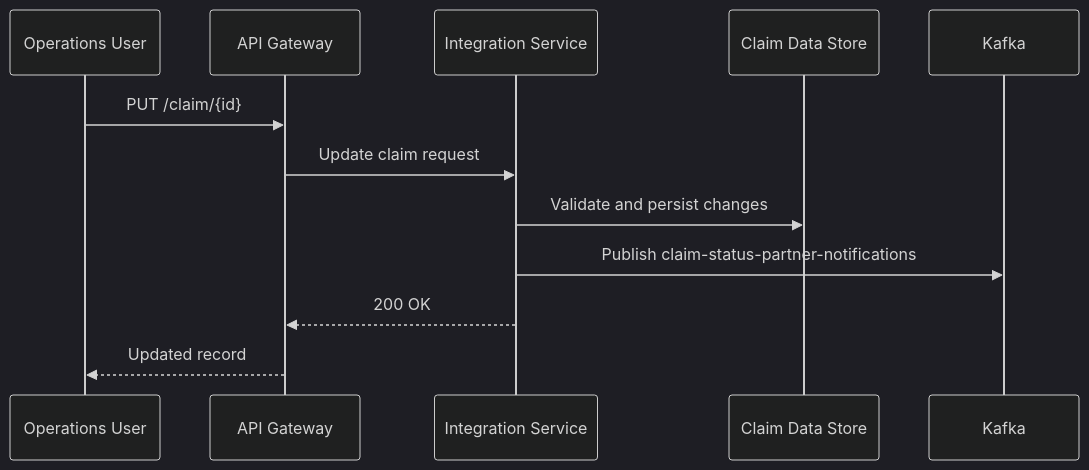
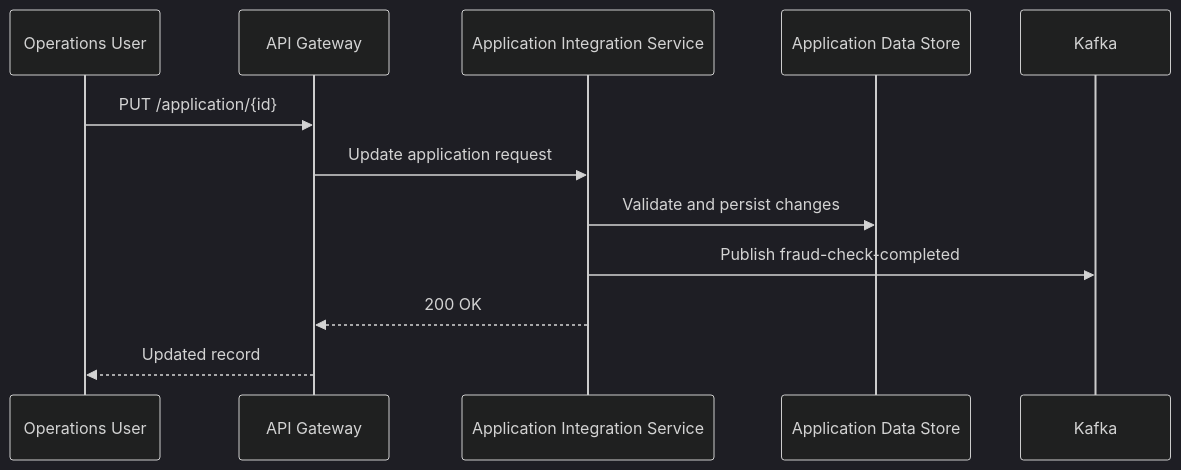
The third of 7 diagrams in HLD.md (srinivma1/awesome-copilot), drawn with Mermaid (dark theme) before and after one commit. The commit also changed other lines of this file, not shown here.

````diff
--- a/HLD.md
+++ b/HLD.md
@@ -557,14 +556,14 @@
 ```mermaid
 sequenceDiagram
     participant UI as Operations User
     participant GW as API Gateway
-    participant S as Integration Service
-    participant DB as Claim Data Store
+    participant S as Application Integration Service
+    participant DB as Application Data Store
     participant K as Kafka
-    UI->>GW: PUT /claim/{id}
-    GW->>S: Update claim request
+    UI->>GW: PUT /application/{id}
+    GW->>S: Update application request
     S->>DB: Validate and persist changes
-    S->>K: Publish claim-status-partner-notifications
+    S->>K: Publish fraud-check-completed
     S-->>GW: 200 OK
     GW-->>UI: Updated record
 ```
````
